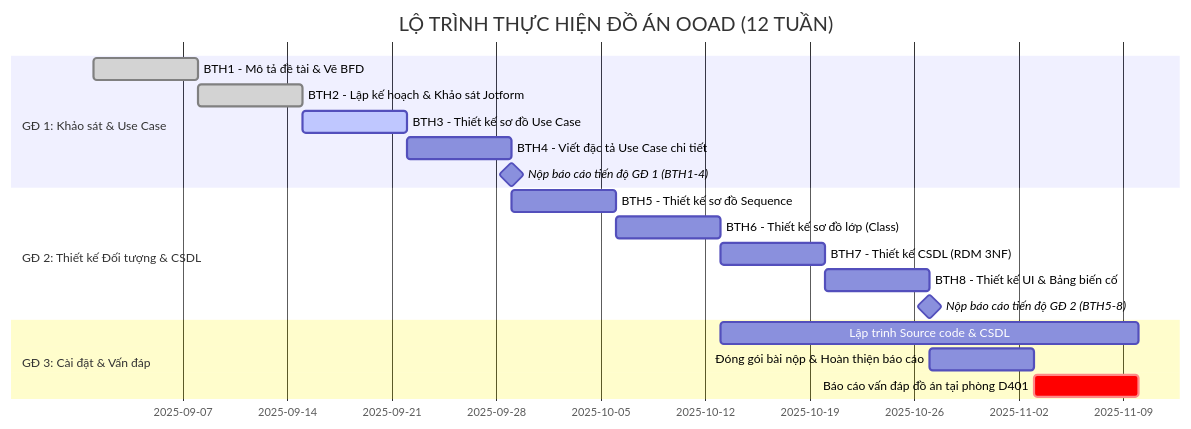
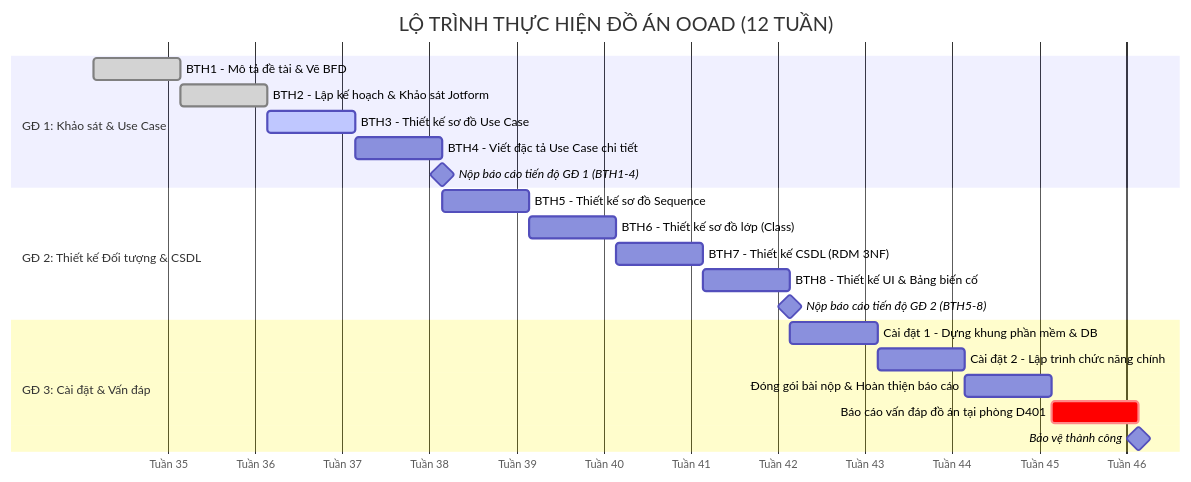
The diagram in BTH/BTH2_KeHoach_KhaoSat/BTH2_KeHoach_KhaoSat.md (nphat-code/DoAn-OOAD-SGU), drawn with Mermaid before and after one commit. The commit also changed other lines of this file and 1 other file, not shown here.

Commit message:
fix(bth2): calibrate 12-week gantt timeline and adapt role matrix for solo project

````diff
--- a/BTH/BTH2_KeHoach_KhaoSat/BTH2_KeHoach_KhaoSat.md
+++ b/BTH/BTH2_KeHoach_KhaoSat/BTH2_KeHoach_KhaoSat.md
@@ -12,21 +12,27 @@
 ```mermaid
 gantt
     title LỘ TRÌNH THỰC HIỆN ĐỒ ÁN OOAD (12 TUẦN)
     dateFormat  YYYY-MM-DD
+    axisFormat  Tuần %W
+
     section GĐ 1: Khảo sát & Use Case
     BTH1 - Mô tả đề tài & Vẽ BFD          :done, bth1, 2025-09-01, 7d
     BTH2 - Lập kế hoạch & Khảo sát Jotform:done, bth2, after bth1, 7d
     BTH3 - Thiết kế sơ đồ Use Case        :active, bth3, after bth2, 7d
     BTH4 - Viết đặc tả Use Case chi tiết  :bth4, after bth3, 7d
     Nộp báo cáo tiến độ GĐ 1 (BTH1-4)     :milestone, m1, after bth4, 0d
+
     section GĐ 2: Thiết kế Đối tượng & CSDL
     BTH5 - Thiết kế sơ đồ Sequence        :bth5, after bth4, 7d
     BTH6 - Thiết kế sơ đồ lớp (Class)     :bth6, after bth5, 7d
     BTH7 - Thiết kế CSDL (RDM 3NF)        :bth7, after bth6, 7d
     BTH8 - Thiết kế UI & Bảng biến cố     :bth8, after bth7, 7d
     Nộp báo cáo tiến độ GĐ 2 (BTH5-8)     :milestone, m2, after bth8, 0d
+
     section GĐ 3: Cài đặt & Vấn đáp
-    Lập trình Source code & CSDL          :dev, 2025-10-13, 28d
-    Đóng gói bài nộp & Hoàn thiện báo cáo :doc, after bth8, 7d
+    Cài đặt 1 - Dựng khung phần mềm & DB  :dev1, after bth8, 7d
+    Cài đặt 2 - Lập trình chức năng chính :dev2, after dev1, 7d
+    Đóng gói bài nộp & Hoàn thiện báo cáo :doc, after dev2, 7d
     Báo cáo vấn đáp đồ án tại phòng D401  :crit, defense, after doc, 7d
+    Bảo vệ thành công                     :milestone, m3, after defense, 0d
 ```
````
